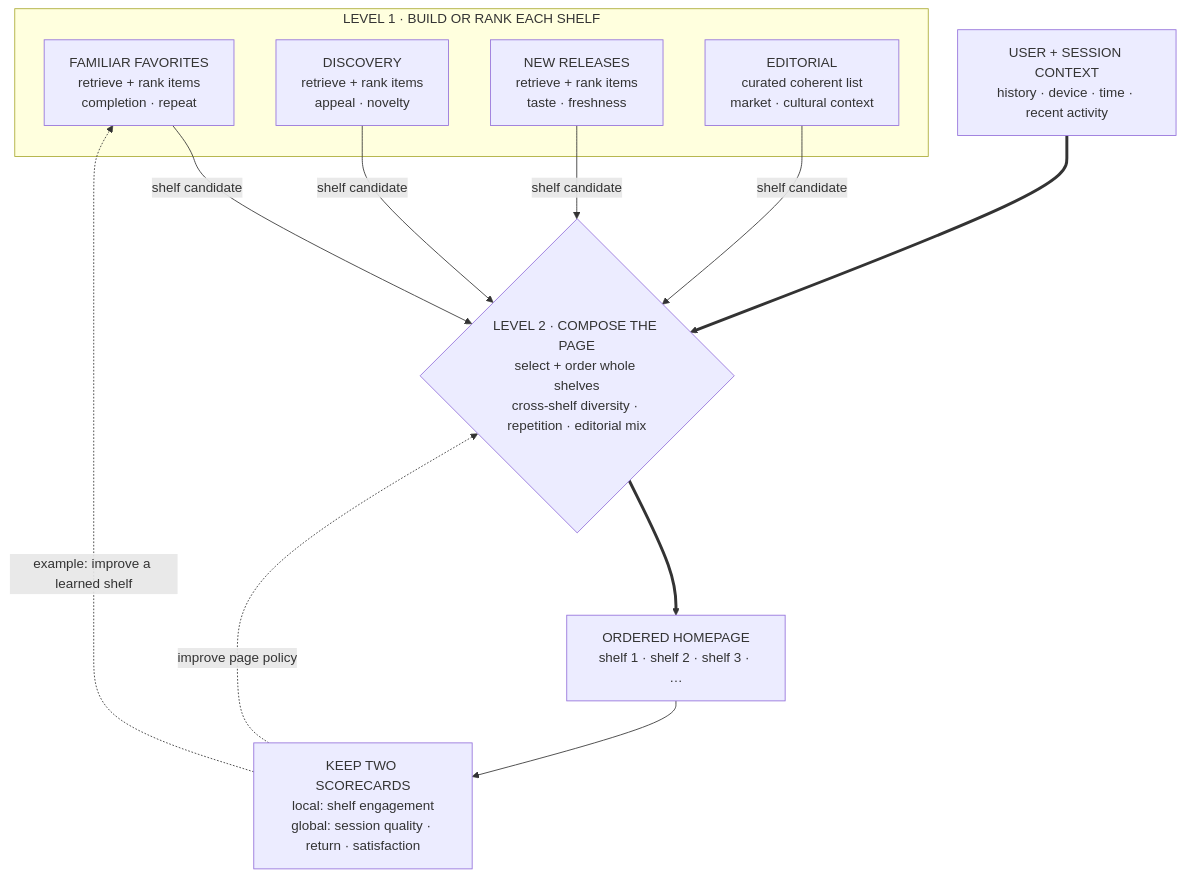
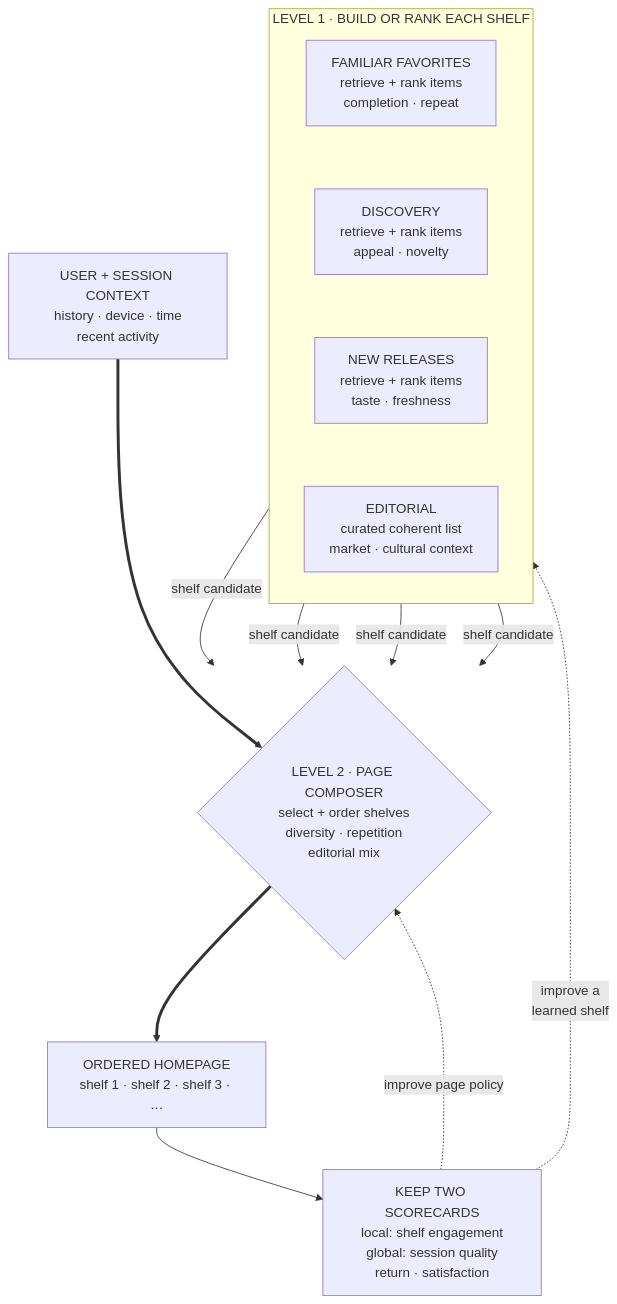
One commit to mlmentorship/mlmentorship.github.io changed the diagram in src/content/posts/2025-12-12-design-spotify-homepage.md. Above: the diagram before and after it, drawn with Mermaid. The commit also changed other lines of this file and 50 other files, not shown here.

````diff
--- a/src/content/posts/2025-12-12-design-spotify-homepage.md
+++ b/src/content/posts/2025-12-12-design-spotify-homepage.md
@@ -28,33 +28,35 @@
 ```mermaid
 flowchart TB
   accTitle: Two ranking levels compose a multi-shelf recommendation homepage
   accDescr: At the first level, separate pipelines build or rank coherent shelves for familiar favorites, discovery, new releases, and editorial content. Each produces a completed shelf candidate with its own intent and local objective. At the second level, a page composer receives those completed shelf candidates plus user and session context. It selects which shelves appear and orders them while enforcing cross-shelf diversity, editorial commitments, and repetition constraints. The output is an ordered homepage of intact shelves. Evaluation keeps local shelf outcomes separate from page and long-term outcomes, so a locally strong shelf does not automatically dominate the page.
 
   subgraph LOCAL["LEVEL 1 · BUILD OR RANK EACH SHELF"]
+	direction TB
     Familiar["FAMILIAR FAVORITES<br/>retrieve + rank items<br/>completion · repeat"]
     Discovery["DISCOVERY<br/>retrieve + rank items<br/>appeal · novelty"]
     Fresh["NEW RELEASES<br/>retrieve + rank items<br/>taste · freshness"]
     Editorial["EDITORIAL<br/>curated coherent list<br/>market · cultural context"]
+    Familiar ~~~ Discovery ~~~ Fresh ~~~ Editorial
   end
 
-  Context["USER + SESSION CONTEXT<br/>history · device · time · recent activity"]
-  Composer{"LEVEL 2 · COMPOSE THE PAGE<br/>select + order whole shelves<br/>cross-shelf diversity · repetition · editorial mix"}
+  Context["USER + SESSION CONTEXT<br/>history · device · time<br/>recent activity"]
+  Composer{"LEVEL 2 · PAGE COMPOSER<br/>select + order shelves<br/>diversity · repetition<br/>editorial mix"}
   Homepage["ORDERED HOMEPAGE<br/>shelf 1 · shelf 2 · shelf 3 · …"]
-  Evidence["KEEP TWO SCORECARDS<br/>local: shelf engagement<br/>global: session quality · return · satisfaction"]
+  Evidence["KEEP TWO SCORECARDS<br/>local: shelf engagement<br/>global: session quality<br/>return · satisfaction"]
 
   Familiar -->|"shelf candidate"| Composer
   Discovery -->|"shelf candidate"| Composer
   Fresh -->|"shelf candidate"| Composer
   Editorial -->|"shelf candidate"| Composer
   Context ==> Composer
   Composer ==> Homepage
   Homepage --> Evidence
-  Evidence -.->|"example: improve a learned shelf"| Familiar
+  Evidence -.->|"improve a<br/>learned shelf"| Familiar
   Evidence -.->|"improve page policy"| Composer
 
   class Familiar,Discovery,Fresh,Editorial viz-input
   class Context viz-state
   class Composer viz-focus
   class Homepage,Evidence viz-output
   class Familiar viz-wide
 ```
````
